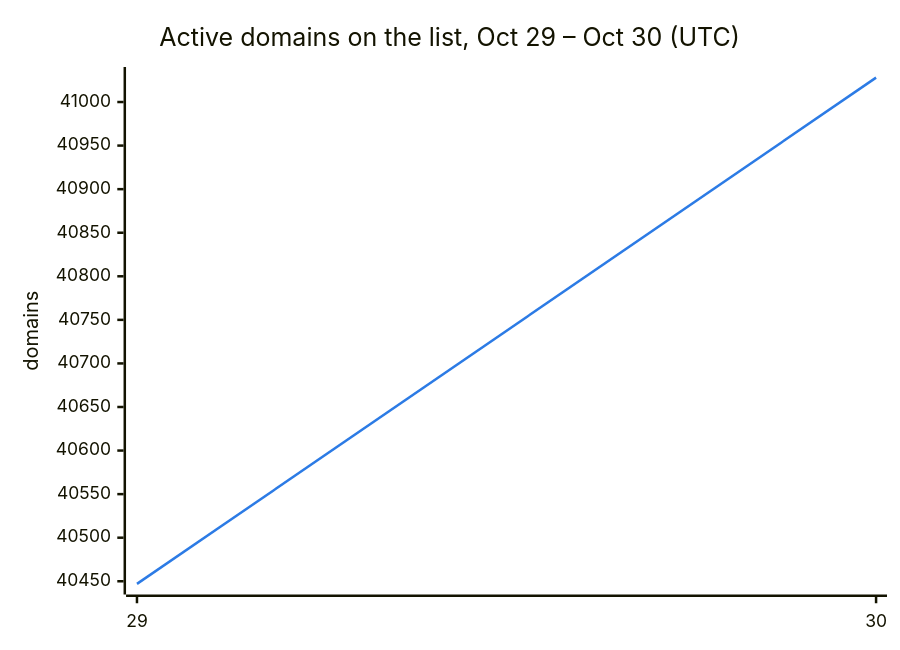
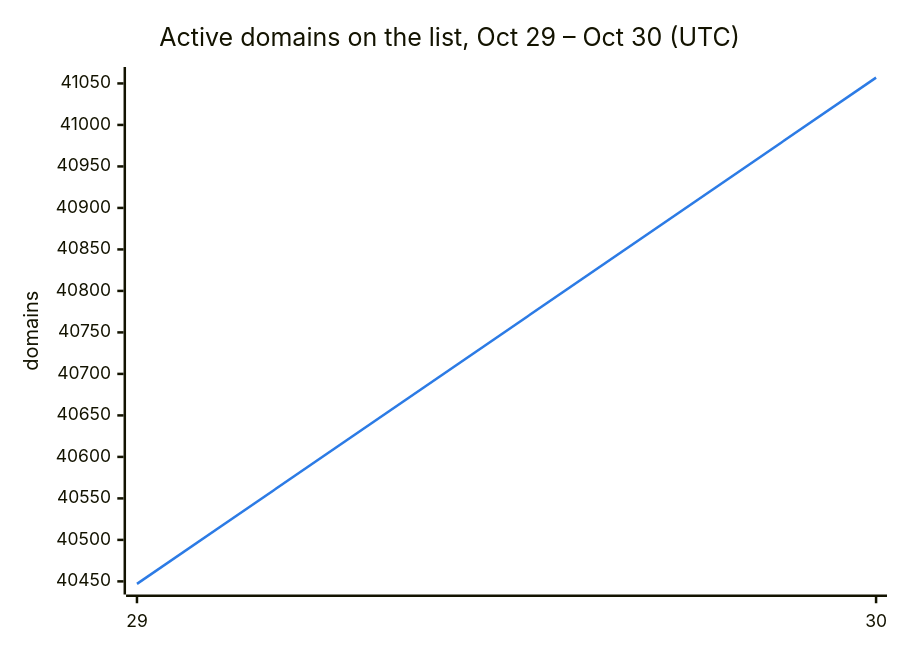
One commit to DNSBunker/CTI changed the second of 3 diagrams in README.md. Above: the diagram before and after it, drawn with Mermaid. The commit also changed other lines of this file and 3 other files, not shown here.

````diff
--- a/README.md
+++ b/README.md
@@ -38,8 +38,8 @@
 ```mermaid
 %%{init: {"themeVariables": {"xyChart": {"plotColorPalette": "#2c7be5"}}}}%%
 xychart-beta
     title "Active domains on the list, Oct 29 – Oct 30 (UTC)"
     x-axis ["29", "30"]
     y-axis "domains"
-    line [40447, 41028]
+    line [40447, 41057]
 ```
````
